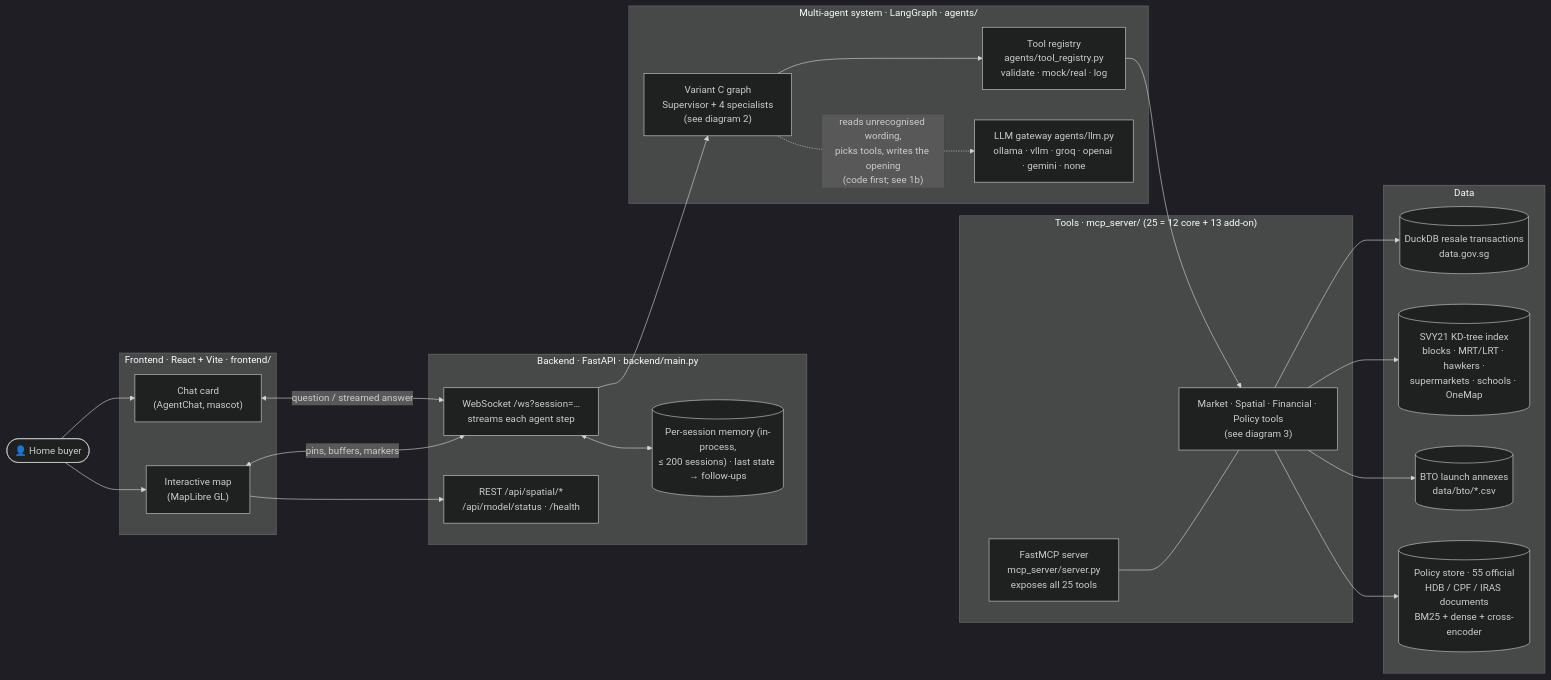
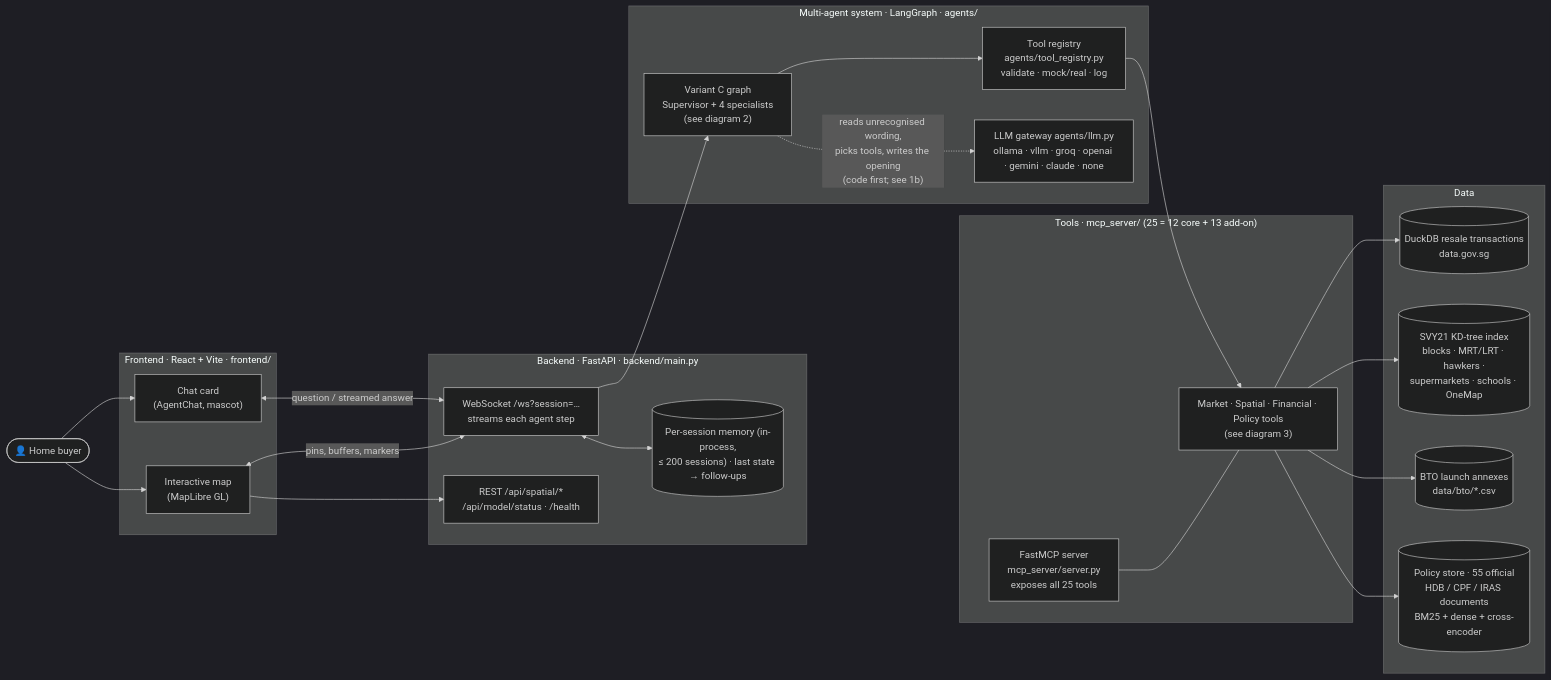
The first of 7 diagrams in README.md (fcyap/HDB-Compass), drawn with Mermaid (dark theme) before and after one commit. The commit also changed other lines of this file and 9 other files, not shown here.

````diff
--- a/README.md
+++ b/README.md
@@ -19,48 +19,48 @@
 ```mermaid
 flowchart LR
     User(["👤 Home buyer"])
 
     subgraph FE["Frontend · React + Vite · frontend/"]
         Chat["Chat card<br/>(AgentChat, mascot)"]
         Map["Interactive map<br/>(MapLibre GL)"]
     end
 
     subgraph BE["Backend · FastAPI · backend/main.py"]
         WS["WebSocket /ws?session=…<br/>streams each agent step"]
         Sessions[("Per-session memory (in-process,<br/>≤ 200 sessions) · last state → follow-ups")]
         REST["REST /api/spatial/*<br/>/api/model/status · /health"]
     end
 
     subgraph AG["Multi-agent system · LangGraph · agents/"]
         AGraph["Variant C graph<br/>Supervisor + 4 specialists<br/>(see diagram 2)"]
         Registry["Tool registry<br/>agents/tool_registry.py<br/>validate · mock/real · log"]
-        LLM["LLM gateway agents/llm.py<br/>ollama · vllm · groq · openai · gemini · none"]
+        LLM["LLM gateway agents/llm.py<br/>ollama · vllm · groq · openai · gemini · claude · none"]
     end
 
     subgraph TOOLS["Tools · mcp_server/ (25 = 12 core + 13 add-on)"]
         MCP["FastMCP server<br/>mcp_server/server.py<br/>exposes all 25 tools"]
         T["Market · Spatial · Financial · Policy tools<br/>(see diagram 3)"]
     end
 
     subgraph DATA["Data"]
         Duck[("DuckDB resale transactions<br/>data.gov.sg")]
         Spatial[("SVY21 KD-tree index<br/>blocks · MRT/LRT · hawkers ·<br/>supermarkets · schools · OneMap")]
         BTO[("BTO launch annexes<br/>data/bto/*.csv")]
         Policy[("Policy store · 55 official<br/>HDB / CPF / IRAS documents<br/>BM25 + dense + cross-encoder")]
     end
 
     User --> Chat
     User --> Map
     Chat <-->|"question / streamed answer"| WS
     Map <-->|"pins, buffers, markers"| WS
     Map --> REST
     WS <--> Sessions
     WS --> AGraph
     AGraph --> Registry --> T
     AGraph -.->|"reads unrecognised wording,<br/>picks tools, writes the opening<br/>(code first; see 1b)"| LLM
     MCP --- T
     T --> Duck
     T --> Spatial
     T --> BTO
     T --> Policy
 ```
````
